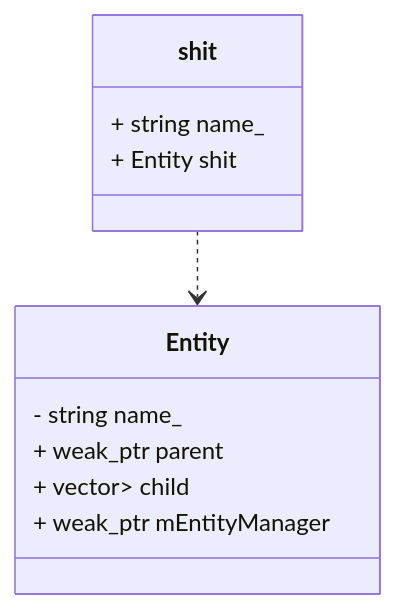
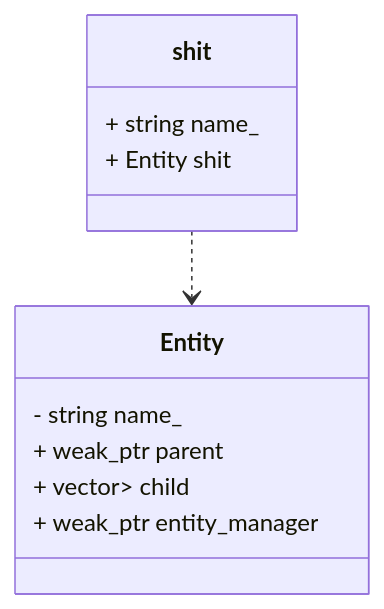
One commit to hundan2015/LunaticRenderer2 changed the diagram in doc/note.md. Above: the diagram before and after it, drawn with Mermaid. The commit also changed 10 other files, not shown here.

````diff
--- a/doc/note.md
+++ b/doc/note.md
@@ -6,15 +6,15 @@
 ```mermaid
 classDiagram
     shit ..> Entity
     class Entity {
         - string name_
         + weak_ptr<Entity> parent
         + vector<shared_ptr<Entity>> child
-        + weak_ptr<EntityManager> mEntityManager
+        + weak_ptr<EntityManager> entity_manager
     }
 
     class shit {
         + string name_
         + Entity shit
     }
 ```
````
